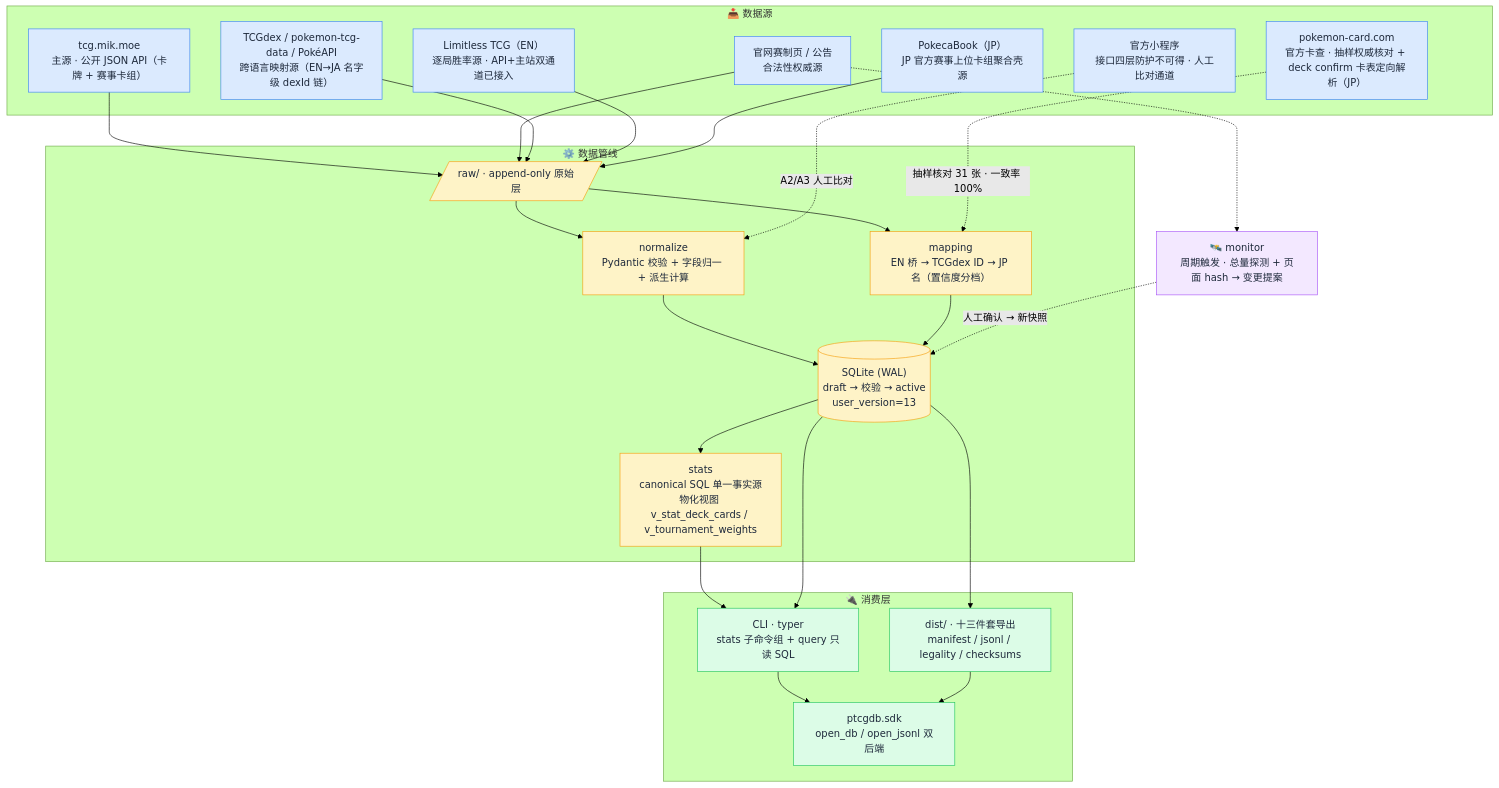
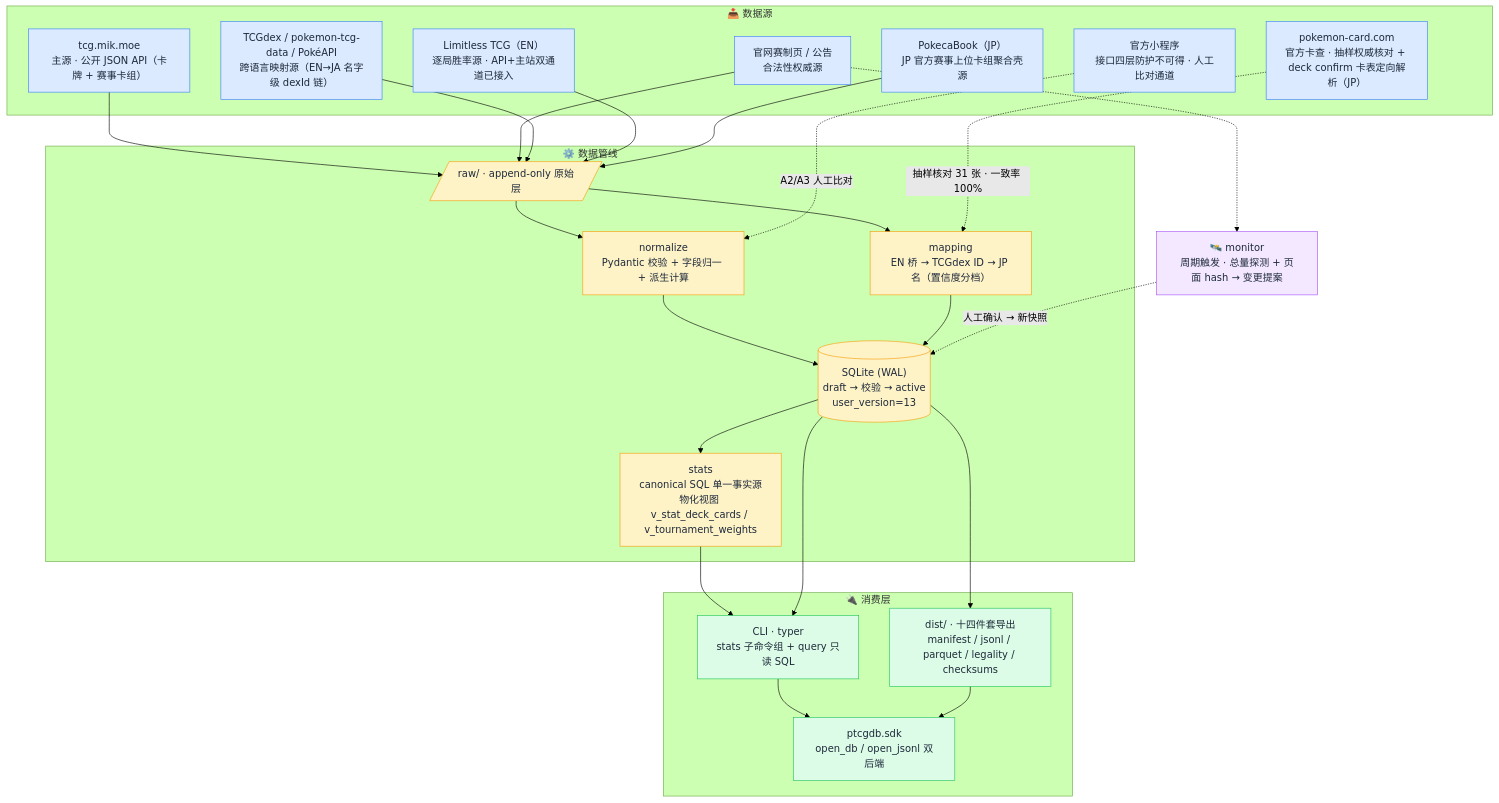
The diagram in README.md (Bingtuu/ptcg-cn-db), drawn with Mermaid (forest theme) before and after one commit. The commit also changed other lines of this file and 10 other files, not shown here.

````diff
--- a/README.md
+++ b/README.md
@@ -108,55 +108,55 @@
 ```mermaid
 flowchart TB
     subgraph SRC["📥 数据源"]
         A["tcg.mik.moe<br/>主源 · 公开 JSON API（卡牌 + 赛事卡组）"]
         B["官网赛制页 / 公告<br/>合法性权威源"]
         C["官方小程序<br/>接口四层防护不可得 · 人工比对通道"]
         D["TCGdex / pokemon-tcg-data / PokéAPI<br/>跨语言映射源（EN→JA 名字级 dexId 链）"]
         E["pokemon-card.com<br/>官方卡查 · 抽样权威核对 + deck confirm 卡表定向解析（JP）"]
         F["Limitless TCG（EN）<br/>逐局胜率源 · API+主站双通道已接入"]
         G["PokecaBook（JP）<br/>JP 官方赛事上位卡组聚合壳源"]
     end
 
     subgraph PIPE["⚙️ 数据管线"]
         RAW[/"raw/ · append-only 原始层"/]
         NORM["normalize<br/>Pydantic 校验 + 字段归一 + 派生计算"]
         MAP["mapping<br/>EN 桥 → TCGdex ID → JP 名（置信度分档）"]
         DB[("SQLite (WAL)<br/>draft → 校验 → active<br/>user_version=13")]
         STATS["stats<br/>canonical SQL 单一事实源<br/>物化视图 v_stat_deck_cards / v_tournament_weights"]
     end
 
     subgraph OUT["🔌 消费层"]
         CLI["CLI · typer<br/>stats 子命令组 + query 只读 SQL"]
-        DIST["dist/ · 十三件套导出<br/>manifest / jsonl / legality / checksums"]
+        DIST["dist/ · 十四件套导出<br/>manifest / jsonl / parquet / legality / checksums"]
         SDK["ptcgdb.sdk<br/>open_db / open_jsonl 双后端"]
     end
 
     MON["🛰️ monitor<br/>周期触发 · 总量探测 + 页面 hash → 变更提案"]
 
     A --> RAW
     B --> RAW
     D --> RAW
     F --> RAW
     G --> RAW
     RAW --> NORM --> DB
     RAW --> MAP --> DB
     E -.->|抽样核对 31 张 · 一致率 100%| MAP
     C -.->|A2/A3 人工比对| NORM
     DB --> STATS
     STATS --> CLI
     DB --> CLI
     DB --> DIST
     CLI --> SDK
     DIST --> SDK
     B -.-> MON
     MON -.->|人工确认 → 新快照| DB
 
     classDef source fill:#dbeafe,stroke:#3b82f6,color:#1e293b;
     classDef pipe fill:#fef3c7,stroke:#f59e0b,color:#1e293b;
     classDef out fill:#dcfce7,stroke:#22c55e,color:#1e293b;
     classDef mon fill:#f3e8ff,stroke:#a855f7,color:#1e293b;
     class A,B,C,D,E,F,G source;
     class RAW,NORM,MAP,DB,STATS pipe;
     class CLI,DIST,SDK out;
     class MON mon;
 ```
````
